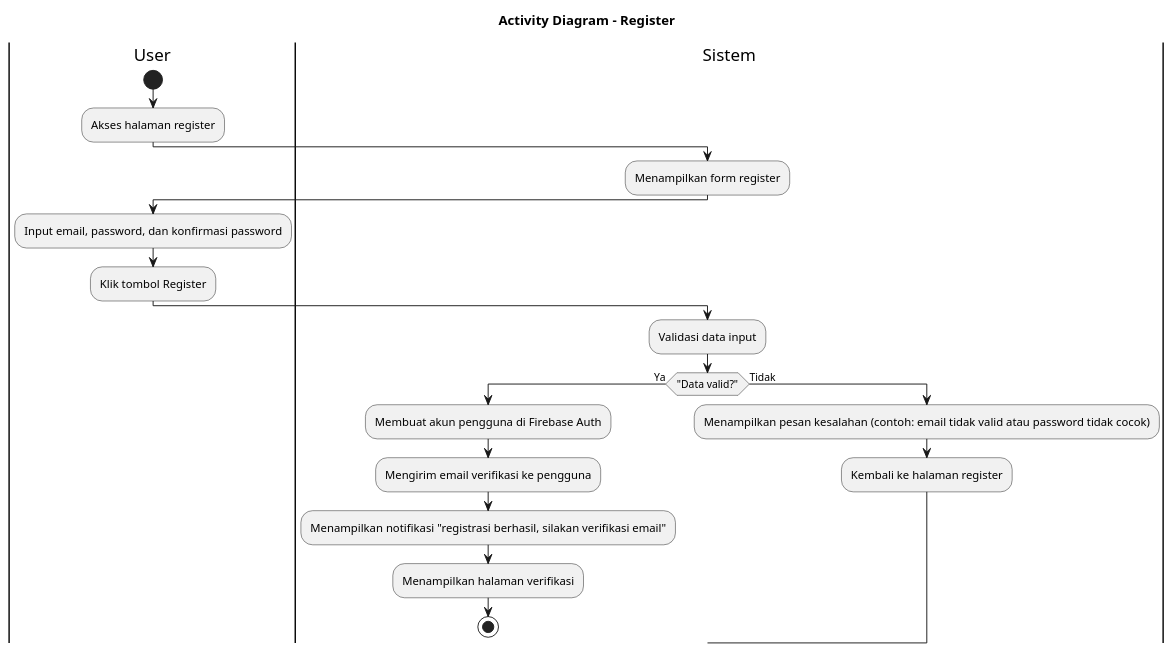
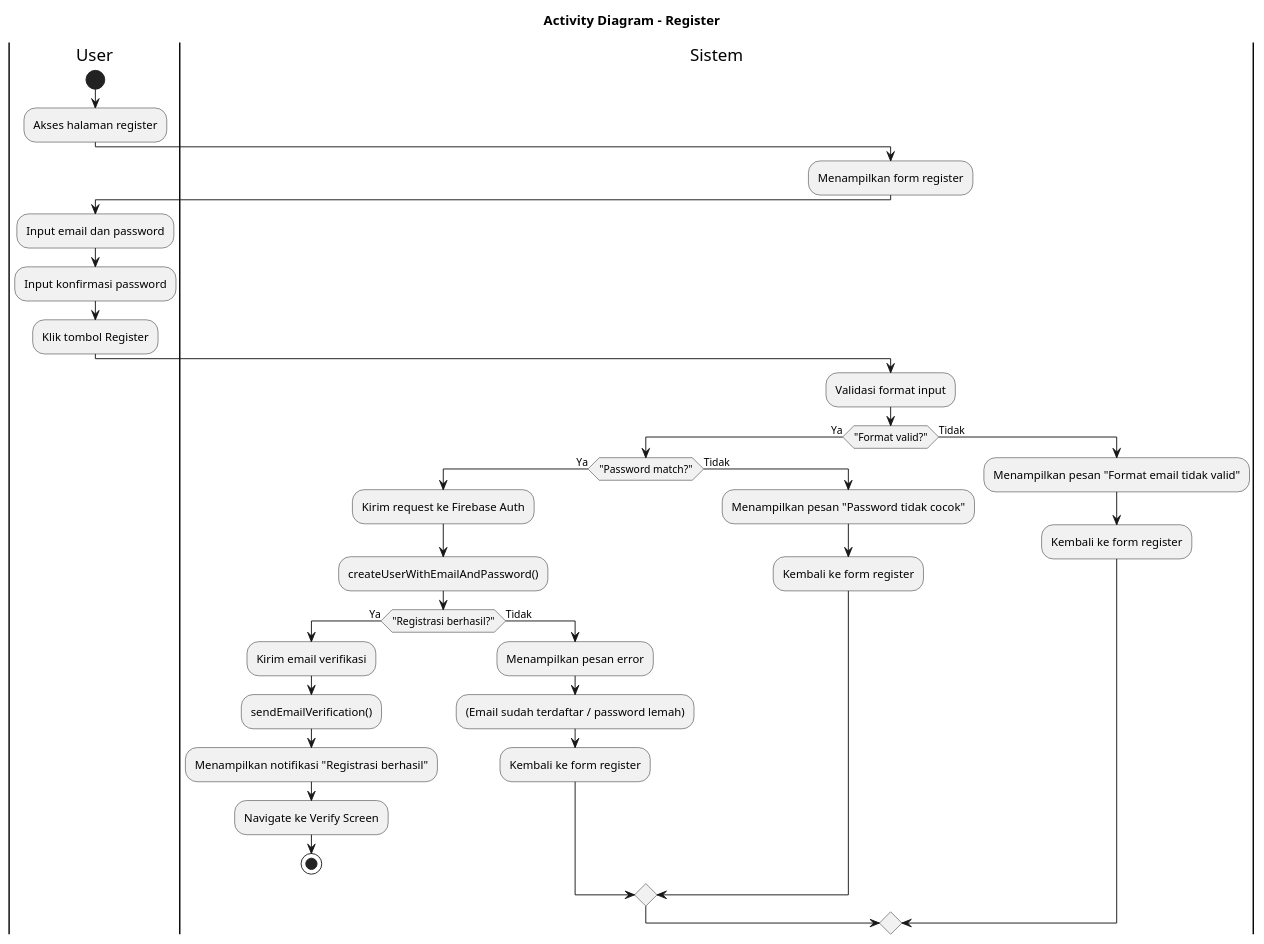
One commit to DarmawanWisnu/flutter-cea-system changed the diagram in docs/diagrams/activity/activity_register.puml. Above: the diagram before and after it, drawn with PlantUML. The commit also changed 29 other files, not shown here.

```diff
--- a/docs/diagrams/activity/activity_register.puml
+++ b/docs/diagrams/activity/activity_register.puml
@@ -1,27 +1,43 @@
 @startuml
 title Activity Diagram - Register
 
 |User|
 start
 :Akses halaman register;
 
 |Sistem|
 :Menampilkan form register;
 
 |User|
-:Input email, password, dan konfirmasi password;
+:Input email dan password;
+:Input konfirmasi password;
 :Klik tombol Register;
 
 |Sistem|
-:Validasi data input;
-if ("Data valid?") then (Ya)
-  :Membuat akun pengguna di Firebase Auth;
-  :Mengirim email verifikasi ke pengguna;
-  :Menampilkan notifikasi "registrasi berhasil, silakan verifikasi email";
-  :Menampilkan halaman verifikasi;
-  stop
+:Validasi format input;
+
+if ("Format valid?") then (Ya)
+  if ("Password match?") then (Ya)
+    :Kirim request ke Firebase Auth;
+    :createUserWithEmailAndPassword();
+    
+    if ("Registrasi berhasil?") then (Ya)
+      :Kirim email verifikasi;
+      :sendEmailVerification();
+      :Menampilkan notifikasi "Registrasi berhasil";
+      :Navigate ke Verify Screen;
+      stop
+    else (Tidak)
+      :Menampilkan pesan error;
+      :(Email sudah terdaftar / password lemah);
+      :Kembali ke form register;
+    endif
+  else (Tidak)
+    :Menampilkan pesan "Password tidak cocok";
+    :Kembali ke form register;
+  endif
 else (Tidak)
-  :Menampilkan pesan kesalahan (contoh: email tidak valid atau password tidak cocok);
-  :Kembali ke halaman register;
+  :Menampilkan pesan "Format email tidak valid";
+  :Kembali ke form register;
 endif
 @enduml
```
